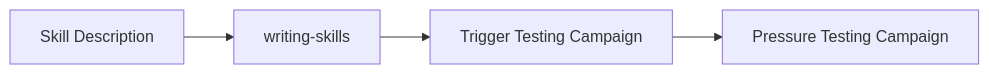
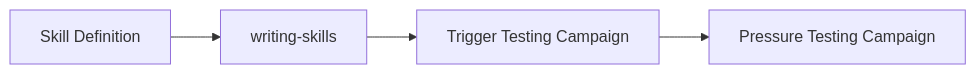
The first of 4 diagrams in README.md (dczmer/dangerpowers), drawn with Mermaid before and after one commit. The commit also changed other lines of this file and 139 other files, not shown here.

````diff
--- a/README.md
+++ b/README.md
@@ -58,11 +51,11 @@
 ```mermaid
 flowchart LR
-    desc[Skill Description]
+    desc[Skill Definition]
     skills[writing-skills]
     trigger-test[Trigger Testing Campaign]
     pressure-test[Pressure Testing Campaign]
 
     desc --> skills
     skills --> trigger-test
     trigger-test --> pressure-test
 ```
````
